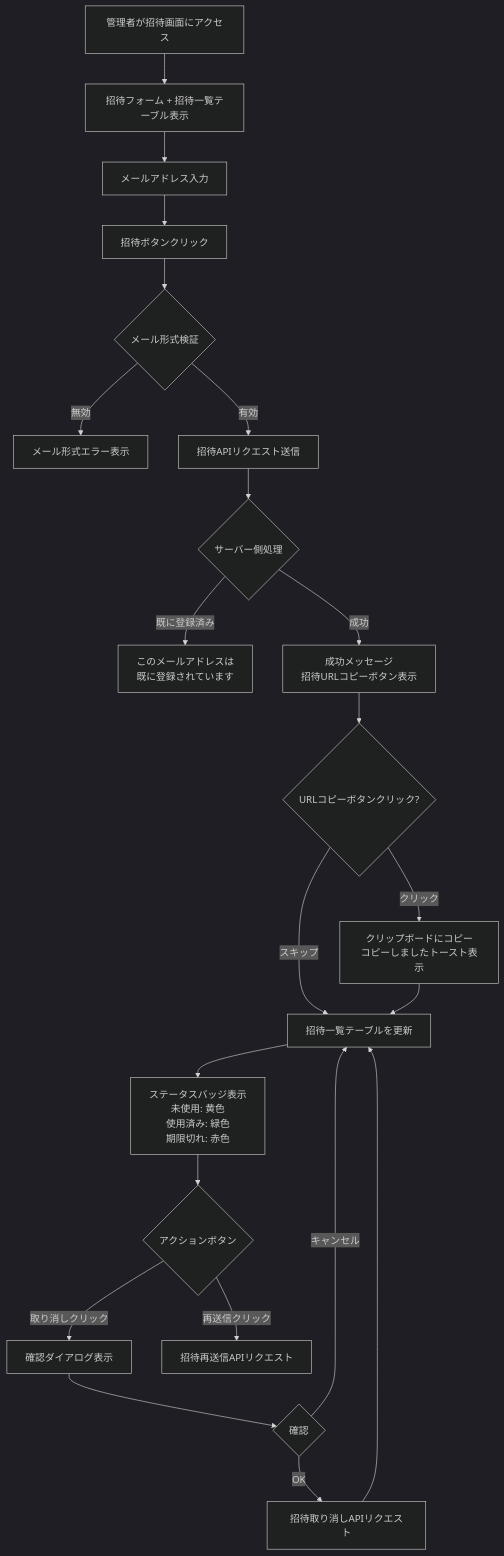
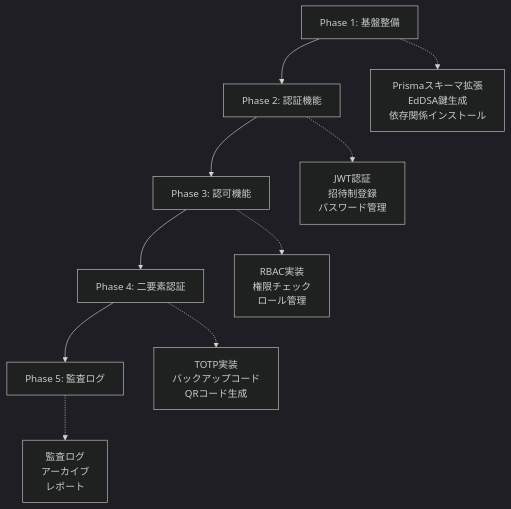
The seventh of 7 diagrams in .kiro/specs/user-authentication/design.md (inakanou/ArchiTrack), drawn with Mermaid (dark theme) before and after one commit. The commit also changed other lines of this file and 1 other file, not shown here.

````diff
--- a/.kiro/specs/user-authentication/design.md
+++ b/.kiro/specs/user-authentication/design.md
@@ -6112,31 +2004,19 @@
 ```mermaid
 graph TB
-    Start[管理者が招待画面にアクセス] --> ShowPage[招待フォーム + 招待一覧テーブル表示]
+    Phase1[Phase 1: 基盤整備]
+    Phase2[Phase 2: 認証機能]
+    Phase3[Phase 3: 認可機能]
+    Phase4[Phase 4: 二要素認証]
+    Phase5[Phase 5: 監査ログ]
 
-    ShowPage --> InputEmail[メールアドレス入力]
-    InputEmail --> ClickInvite[招待ボタンクリック]
-    ClickInvite --> ValidateEmail{メール形式検証}
+    Phase1 --> Phase2
+    Phase2 --> Phase3
+    Phase3 --> Phase4
+    Phase4 --> Phase5
 
-    ValidateEmail -->|無効| ShowEmailError[メール形式エラー表示]
-    ValidateEmail -->|有効| SendInvite[招待APIリクエスト送信]
-
-    SendInvite --> ServerInvite{サーバー側処理}
-    ServerInvite -->|既に登録済み| ShowDuplicateError[このメールアドレスは<br/>既に登録されています]
-    ServerInvite -->|成功| ShowSuccess[成功メッセージ<br/>招待URLコピーボタン表示]
-
-    ShowSuccess --> CopyUrl{URLコピーボタンクリック?}
-    CopyUrl -->|クリック| CopyToClipboard[クリップボードにコピー<br/>コピーしましたトースト表示]
-    CopyUrl -->|スキップ| UpdateTable[招待一覧テーブルを更新]
-
-    CopyToClipboard --> UpdateTable
-    UpdateTable --> ShowStatusBadge[ステータスバッジ表示<br/>未使用: 黄色<br/>使用済み: 緑色<br/>期限切れ: 赤色]
-
-    ShowStatusBadge --> ActionButtons{アクションボタン}
-    ActionButtons -->|取り消しクリック| ConfirmRevoke[確認ダイアログ表示]
-    ActionButtons -->|再送信クリック| ResendInvite[招待再送信APIリクエスト]
-
-    ConfirmRevoke --> RevokeCheck{確認}
-    RevokeCheck -->|キャンセル| UpdateTable
-    RevokeCheck -->|OK| RevokeInvite[招待取り消しAPIリクエスト]
-    RevokeInvite --> UpdateTable
+    Phase1 -.-> DB1[Prismaスキーマ拡張<br/>EdDSA鍵生成<br/>依存関係インストール]
+    Phase2 -.-> DB2[JWT認証<br/>招待制登録<br/>パスワード管理]
+    Phase3 -.-> DB3[RBAC実装<br/>権限チェック<br/>ロール管理]
+    Phase4 -.-> DB4[TOTP実装<br/>バックアップコード<br/>QRコード生成]
+    Phase5 -.-> DB5[監査ログ<br/>アーカイブ<br/>レポート]
 ```
````
